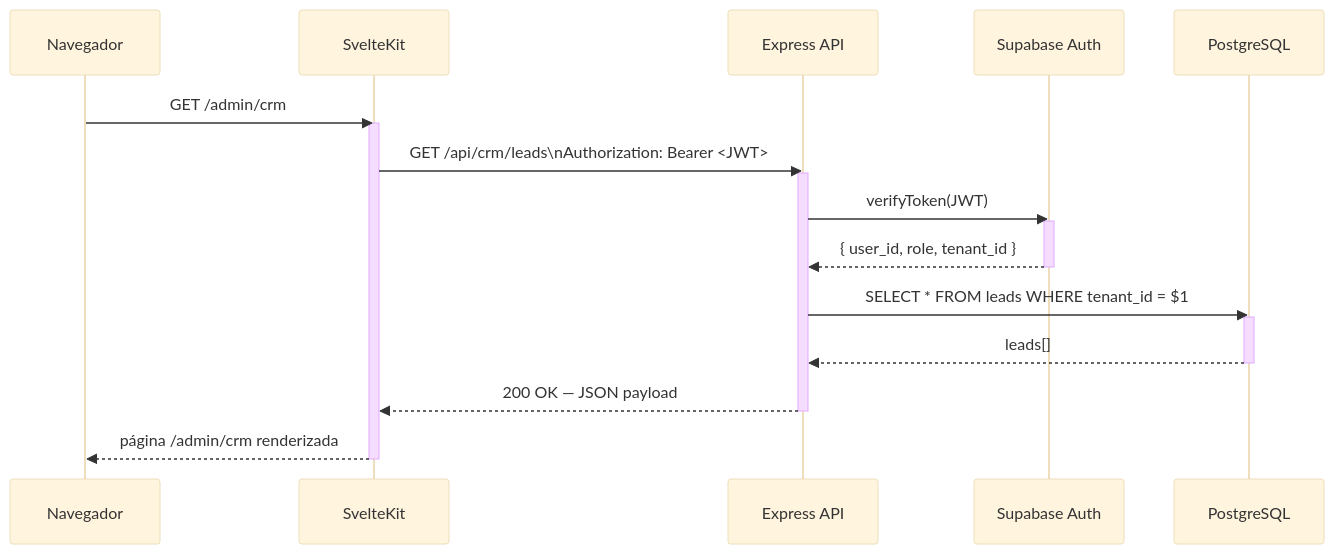
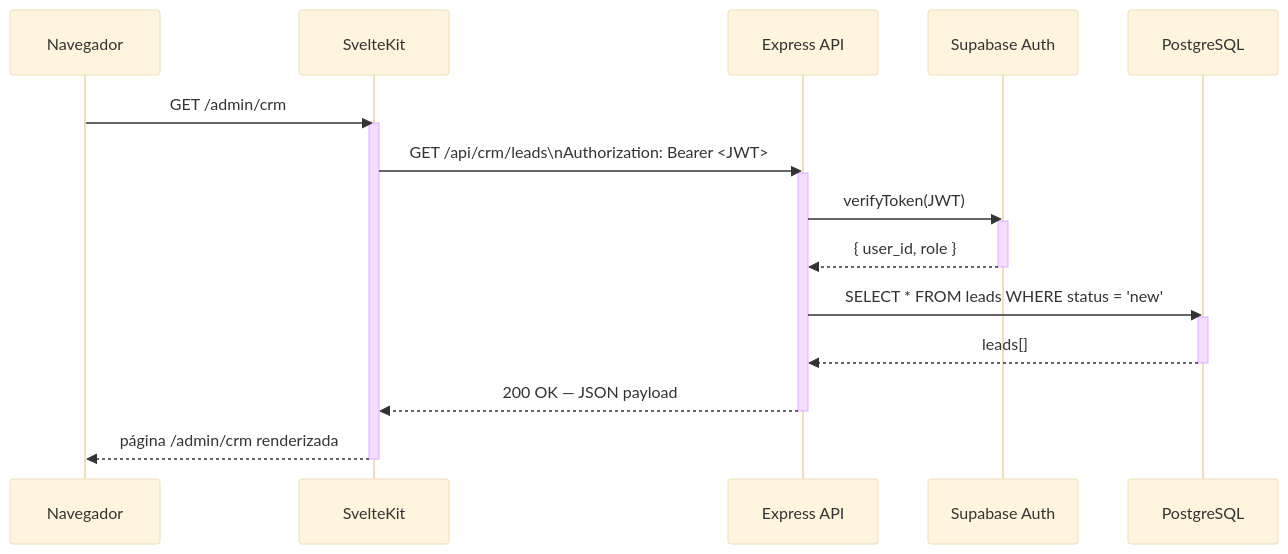
The fourth of 6 diagrams in gh-pages/docs/arquitetura/index.md (Bappoz/CrianexHub), drawn with Mermaid (base theme) before and after one commit. The commit also changed other lines of this file and 3 other files, not shown here.

Commit message:
refactor: update architecture diagrams and enhance requirements engineering activities description

````diff
--- a/gh-pages/docs/arquitetura/index.md
+++ b/gh-pages/docs/arquitetura/index.md
@@ -125,25 +159,25 @@
 ```mermaid
 sequenceDiagram
     participant Nav as Navegador
     participant SK as SvelteKit
     participant API as Express API
     participant SA as Supabase Auth
     participant PG as PostgreSQL
 
     Nav->>SK: GET /admin/crm
     activate SK
     SK->>API: GET /api/crm/leads\nAuthorization: Bearer <JWT>
     activate API
     API->>SA: verifyToken(JWT)
     activate SA
-    SA-->>API: { user_id, role, tenant_id }
+    SA-->>API: { user_id, role }
     deactivate SA
-    API->>PG: SELECT * FROM leads WHERE tenant_id = $1
+    API->>PG: SELECT * FROM leads WHERE status = 'new'
     activate PG
     PG-->>API: leads[]
     deactivate PG
     API-->>SK: 200 OK — JSON payload
     deactivate API
     SK-->>Nav: página /admin/crm renderizada
     deactivate SK
 ```
````
